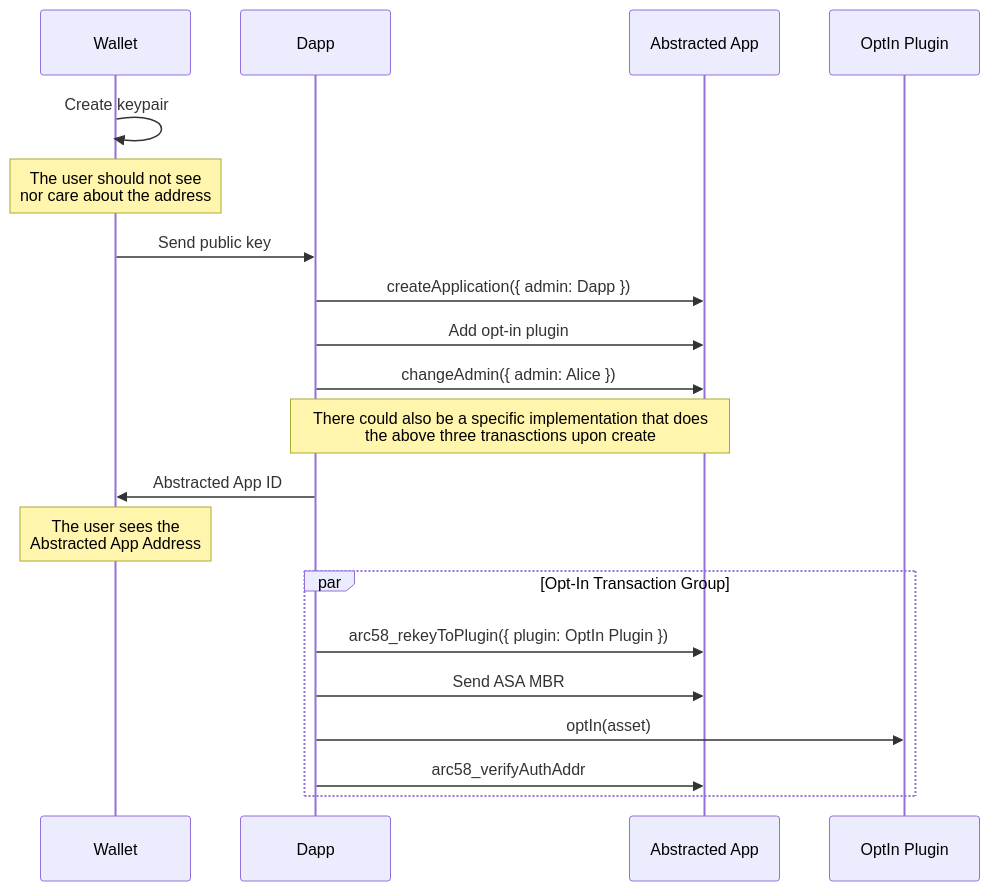
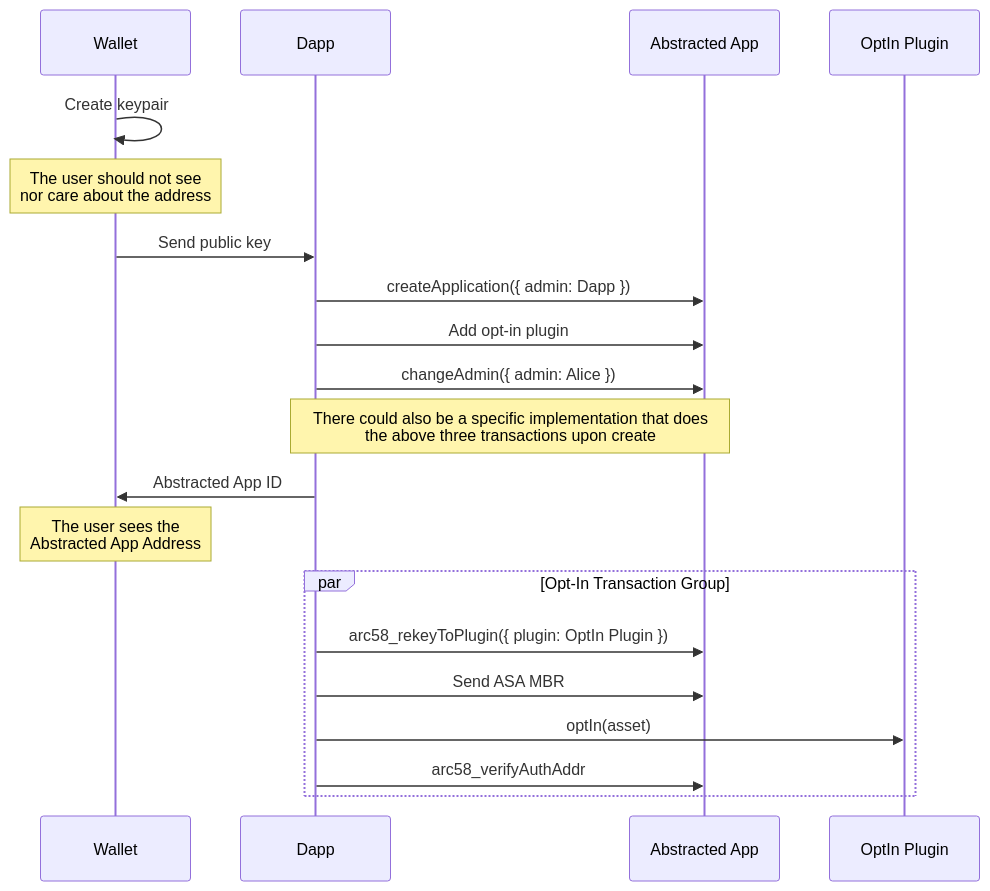
One commit to algorandfoundation/ARCs changed the first of 2 diagrams in ARCs/arc-0058.md. Above: the diagram before and after it, drawn with Mermaid. The commit also changed other lines of this file and 7 other files, not shown here.

````diff
--- a/ARCs/arc-0058.md
+++ b/ARCs/arc-0058.md
@@ -486,22 +675,22 @@
 ```mermaid
 sequenceDiagram
     participant Wallet
     participant Dapp
     participant Abstracted App
     participant OptIn Plugin
     Wallet->>Wallet: Create keypair
     note over Wallet: The user should not see<br/>nor care about the address
     Wallet->>Dapp: Send public key
     Dapp->>Abstracted App: createApplication({ admin: Dapp })
     Dapp->>Abstracted App: Add opt-in plugin
     Dapp->>Abstracted App: changeAdmin({ admin: Alice })
-    note over Dapp,Abstracted App: There could also be a specific implementation that does<br/>the above three tranasctions upon create
+    note over Dapp,Abstracted App: There could also be a specific implementation that does<br/>the above three transactions upon create
     Dapp->>Wallet: Abstracted App ID
     note over Wallet: The user sees the<br/> Abstracted App Address
     par Opt-In Transaction Group
         Dapp->>Abstracted App: arc58_rekeyToPlugin({ plugin: OptIn Plugin })
         Dapp->>Abstracted App: Send ASA MBR
         Dapp->>OptIn Plugin: optIn(asset)
         Dapp->>Abstracted App: arc58_verifyAuthAddr
     end 
 ```
````
